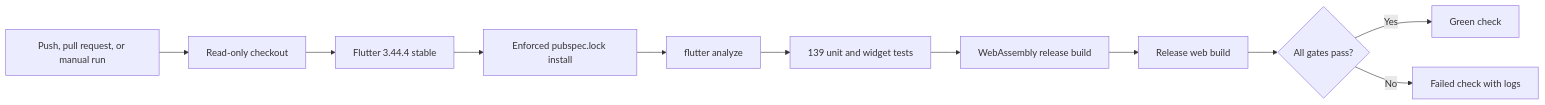
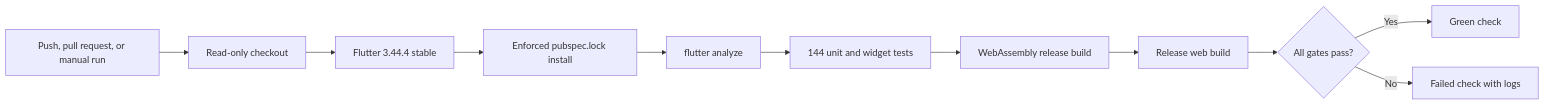
One commit to Omatsulijoshua/CADPILOT-AI changed the diagram in docs/flutter-ci.md. Above: the diagram before and after it, drawn with Mermaid. The commit also changed 6 other files, not shown here.

````diff
--- a/docs/flutter-ci.md
+++ b/docs/flutter-ci.md
@@ -13,13 +13,13 @@
 ```mermaid
 flowchart LR
     Event["Push, pull request, or manual run"] --> Checkout["Read-only checkout"]
     Checkout --> SDK["Flutter 3.44.4 stable"]
     SDK --> Lock["Enforced pubspec.lock install"]
     Lock --> Analyze["flutter analyze"]
-    Analyze --> Tests["139 unit and widget tests"]
+    Analyze --> Tests["144 unit and widget tests"]
     Tests --> Wasm["WebAssembly release build"]
     Wasm --> Web["Release web build"]
     Web --> Result{"All gates pass?"}
     Result -- "Yes" --> Green["Green check"]
     Result -- "No" --> Logs["Failed check with logs"]
 ```
````
